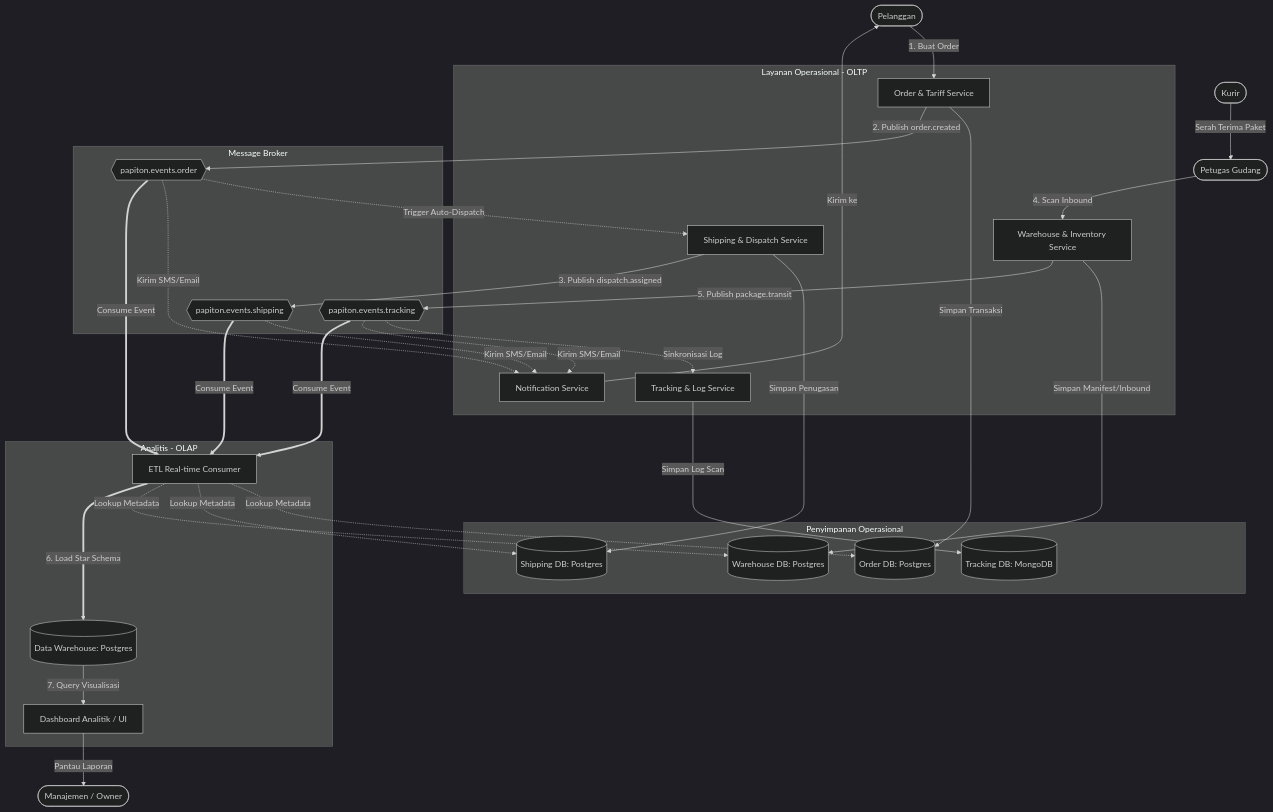
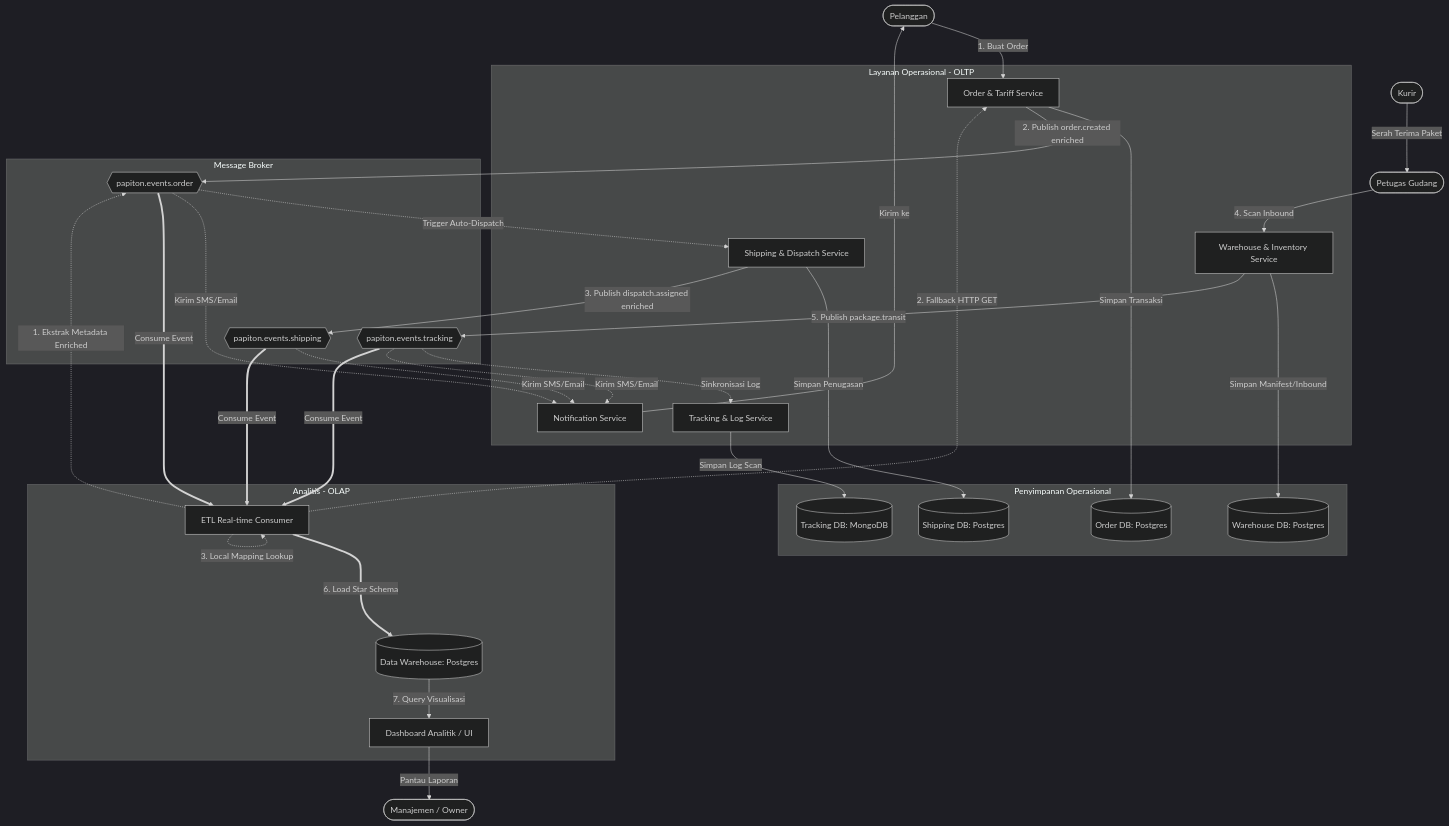
One commit to madgeer/microservce-papiton-express changed the diagram in docs/service_flows.md. Above: the diagram before and after it, drawn with Mermaid (dark theme). The commit also changed other lines of this file and 8 other files, not shown here.

````diff
--- a/docs/service_flows.md
+++ b/docs/service_flows.md
@@ -11,77 +11,78 @@
 ```mermaid
 flowchart TD
     %% Actors
     Customer([Pelanggan])
     CourierActor([Kurir])
     ScannerActor([Petugas Gudang])
     Manager([Manajemen / Owner])
 
     %% Microservices
     subgraph Microservices_OLTP [Layanan Operasional - OLTP]
         order_svc[Order & Tariff Service]
         shipping_svc[Shipping & Dispatch Service]
         warehouse_svc[Warehouse & Inventory Service]
         tracking_svc[Tracking & Log Service]
         notif_svc[Notification Service]
     end
 
     %% Databases
     subgraph Databases_OLTP [Penyimpanan Operasional]
         order_db[(Order DB: Postgres)]
         shipping_db[(Shipping DB: Postgres)]
         warehouse_db[(Warehouse DB: Postgres)]
         tracking_db[(Tracking DB: MongoDB)]
     end
 
     %% Event Broker
     subgraph Kafka_Broker [Message Broker]
         topic_order{{"papiton.events.order"}}
         topic_shipping{{"papiton.events.shipping"}}
         topic_tracking{{"papiton.events.tracking"}}
     end
 
     %% Data Engineering
     subgraph Data_Engineering_OLAP [Analitis - OLAP]
         etl_consumer[ETL Real-time Consumer]
         dwh_db[(Data Warehouse: Postgres)]
         dashboard[Dashboard Analitik / UI]
     end
 
     %% Flows - Step 1: Order
     Customer -->|1. Buat Order| order_svc
     order_svc -->|Simpan Transaksi| order_db
-    order_svc -->|2. Publish order.created| topic_order
+    order_svc -->|2. Publish order.created enriched| topic_order
 
     %% Flows - Step 2: Shipping
     topic_order -.->|Trigger Auto-Dispatch| shipping_svc
     shipping_svc -->|Simpan Penugasan| shipping_db
-    shipping_svc -->|3. Publish dispatch.assigned| topic_shipping
+    shipping_svc -->|3. Publish dispatch.assigned enriched| topic_shipping
 
     %% Flows - Step 3: Warehouse & Tracking
     CourierActor -->|Serah Terima Paket| ScannerActor
     ScannerActor -->|4. Scan Inbound| warehouse_svc
     warehouse_svc -->|Simpan Manifest/Inbound| warehouse_db
     warehouse_svc -->|5. Publish package.transit| topic_tracking
 
     %% Flows - Step 4: Tracking & Notif
     topic_tracking -.->|Sinkronisasi Log| tracking_svc
     tracking_svc -->|Simpan Log Scan| tracking_db
     
     topic_order -.->|Kirim SMS/Email| notif_svc
     topic_shipping -.->|Kirim SMS/Email| notif_svc
     topic_tracking -.->|Kirim SMS/Email| notif_svc
     notif_svc -->|Kirim ke| Customer
 
     %% Flows - Step 5: ETL & Data Warehouse (DWH)
     topic_order ===>|Consume Event| etl_consumer
     topic_shipping ===>|Consume Event| etl_consumer
     topic_tracking ===>|Consume Event| etl_consumer
 
-    etl_consumer -.->|Lookup Metadata| order_db
-    etl_consumer -.->|Lookup Metadata| shipping_db
-    etl_consumer -.->|Lookup Metadata| warehouse_db
+    %% Decoupled Lookup
+    etl_consumer -.->|1. Ekstrak Metadata Enriched| topic_order
+    etl_consumer -.->|2. Fallback HTTP GET| order_svc
+    etl_consumer -.->|3. Local Mapping Lookup| etl_consumer
 
     etl_consumer ===>|6. Load Star Schema| dwh_db
     dwh_db -->|7. Query Visualisasi| dashboard
     dashboard -->|Pantau Laporan| Manager
 ```
````
